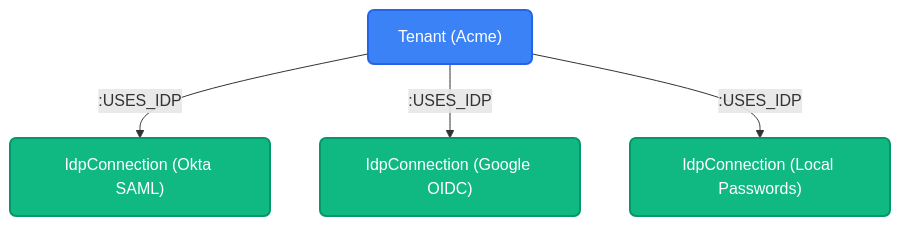
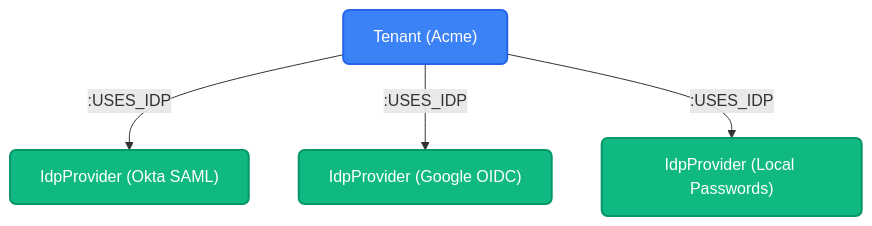
Before and after one commit to platrium-app/platrium: the first of 2 diagrams in docs/content/docs/(contributors)/architecture/identity/multi-tenancy.mdx, drawn with Mermaid. The commit also changed other lines of this file and 200 other files, not shown here.

````diff
--- a/docs/content/docs/(contributors)/architecture/identity/multi-tenancy.mdx
+++ b/docs/content/docs/(contributors)/architecture/identity/multi-tenancy.mdx
@@ -35,14 +35,14 @@
 ```mermaid
 flowchart TD
     classDef tenant fill:#3b82f6,stroke:#2563eb,stroke-width:2px,color:#fff,rx:6px,ry:6px;
     classDef idp fill:#10b981,stroke:#059669,stroke-width:2px,color:#fff,rx:6px,ry:6px;
 
     T["Tenant (Acme)"]:::tenant
-    I1["IdpConnection (Okta SAML)"]:::idp
-    I2["IdpConnection (Google OIDC)"]:::idp
-    I3["IdpConnection (Local Passwords)"]:::idp
+    I1["IdpProvider (Okta SAML)"]:::idp
+    I2["IdpProvider (Google OIDC)"]:::idp
+    I3["IdpProvider (Local Passwords)"]:::idp
 
     T -->|":USES_IDP"| I1
     T -->|":USES_IDP"| I2
     T -->|":USES_IDP"| I3
 ```
````
